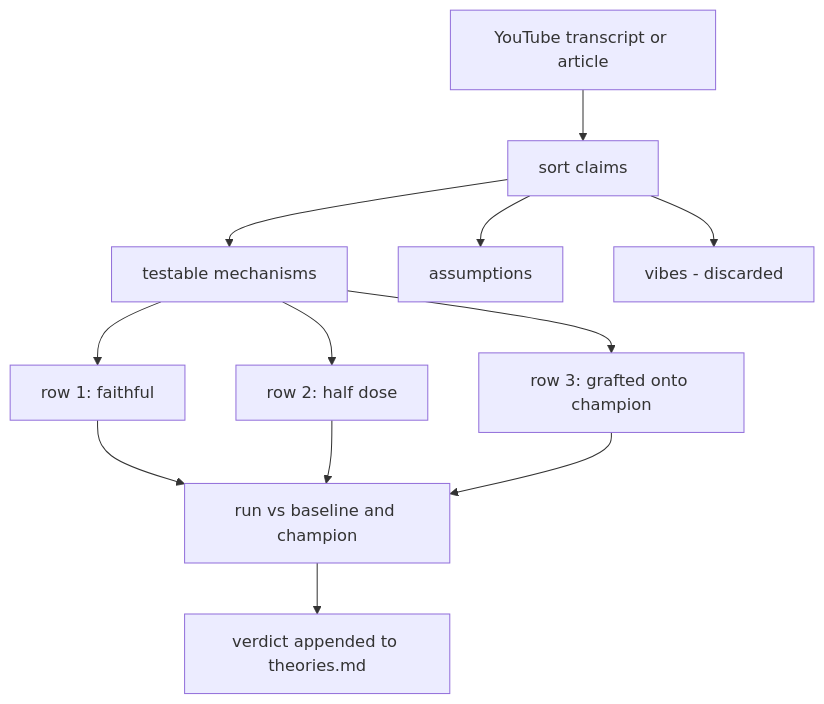
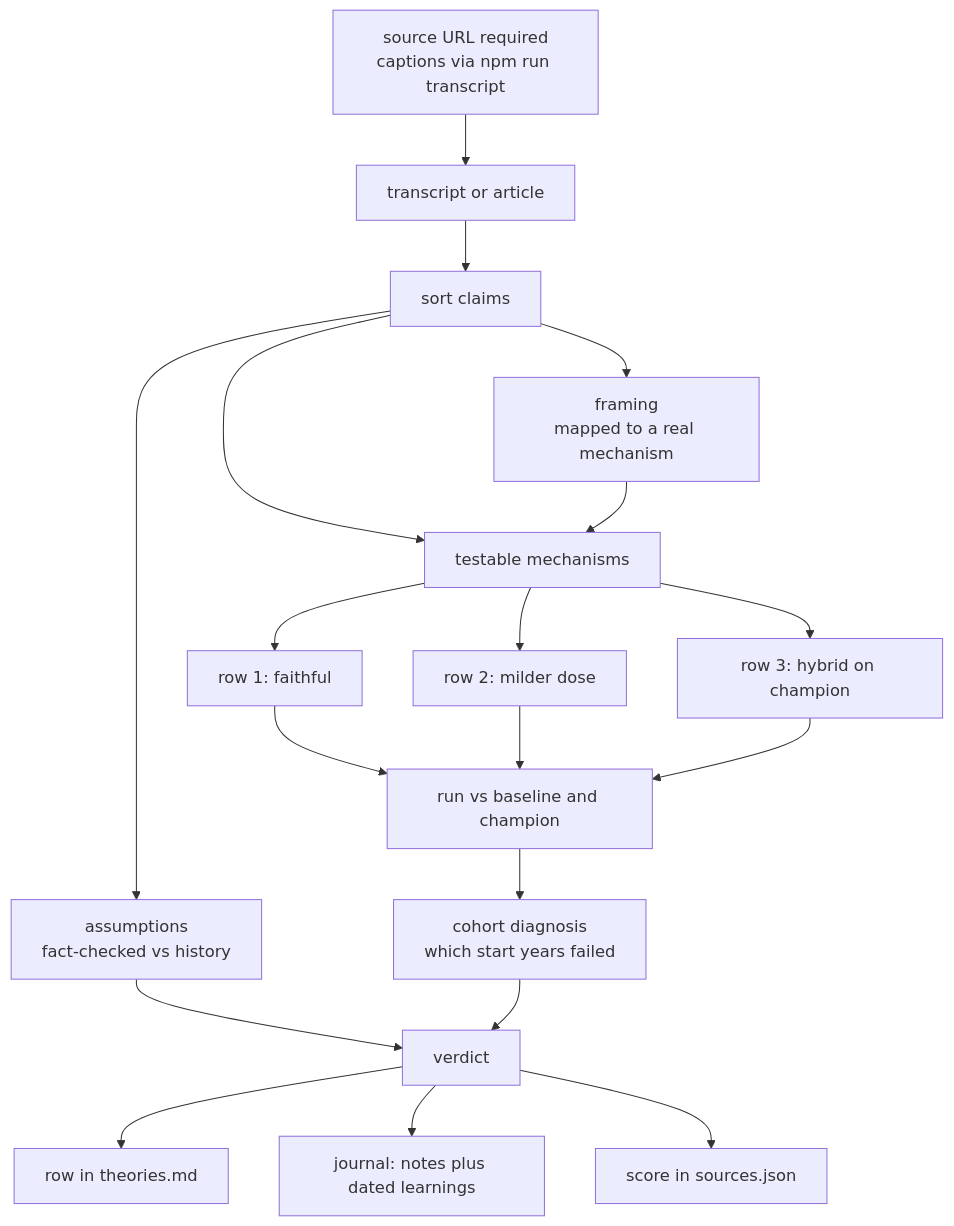
Before and after one commit to jonborchardt/blog: the second of 3 diagrams in src/content/posts/retirement-simulator-ai-lab/index.mdx, drawn with Mermaid. The commit also changed other lines of this file and 18 other files, not shown here.

````diff
--- a/src/content/posts/retirement-simulator-ai-lab/index.mdx
+++ b/src/content/posts/retirement-simulator-ai-lab/index.mdx
@@ -98,16 +100,23 @@
 ```mermaid
 flowchart TB
   accTitle: The theory-test skill, from transcript to scoreboard
-  accDescr: A transcript or article is sorted into testable mechanisms, assumptions and vibes; the mechanisms become three experiment rows, faithful, half dose and grafted onto the champion, which the simulator runs against every start year and compares with the baseline and champion; the verdict is appended to the theories scoreboard.
-  T[YouTube transcript or article] --> S[sort claims]
+  accDescr: A source URL is required and its captions are fetched; the transcript is sorted into testable mechanisms, assumptions fact-checked against history, and framing mapped to a real mechanism; the mechanisms become three experiment rows, faithful, milder dose and hybrid on the champion, which the simulator runs against every start year and compares with the baseline and champion; the failing start years are diagnosed by cohort, and the verdict fans out to the theories scoreboard, the journal and the scored sources list.
+  U["source URL required<br/>captions via npm run transcript"] --> T[transcript or article]
+  T --> S[sort claims]
   S --> M[testable mechanisms]
-  S --> A[assumptions]
-  S --> V[vibes - discarded]
+  S --> A["assumptions<br/>fact-checked vs history"]
+  S --> V["framing<br/>mapped to a real mechanism"]
   M --> F[row 1: faithful]
-  M --> Hd[row 2: half dose]
-  M --> G[row 3: grafted onto champion]
+  M --> Hd[row 2: milder dose]
+  M --> G[row 3: hybrid on champion]
+  V --> M
+  A --> D
   F --> R[run vs baseline and champion]
   Hd --> R
   G --> R
-  R --> D[verdict appended to theories.md]
+  R --> Co["cohort diagnosis<br/>which start years failed"]
+  Co --> D[verdict]
+  D --> TH[row in theories.md]
+  D --> J["journal: notes plus dated learnings"]
+  D --> SR[score in sources.json]
 ```
````
